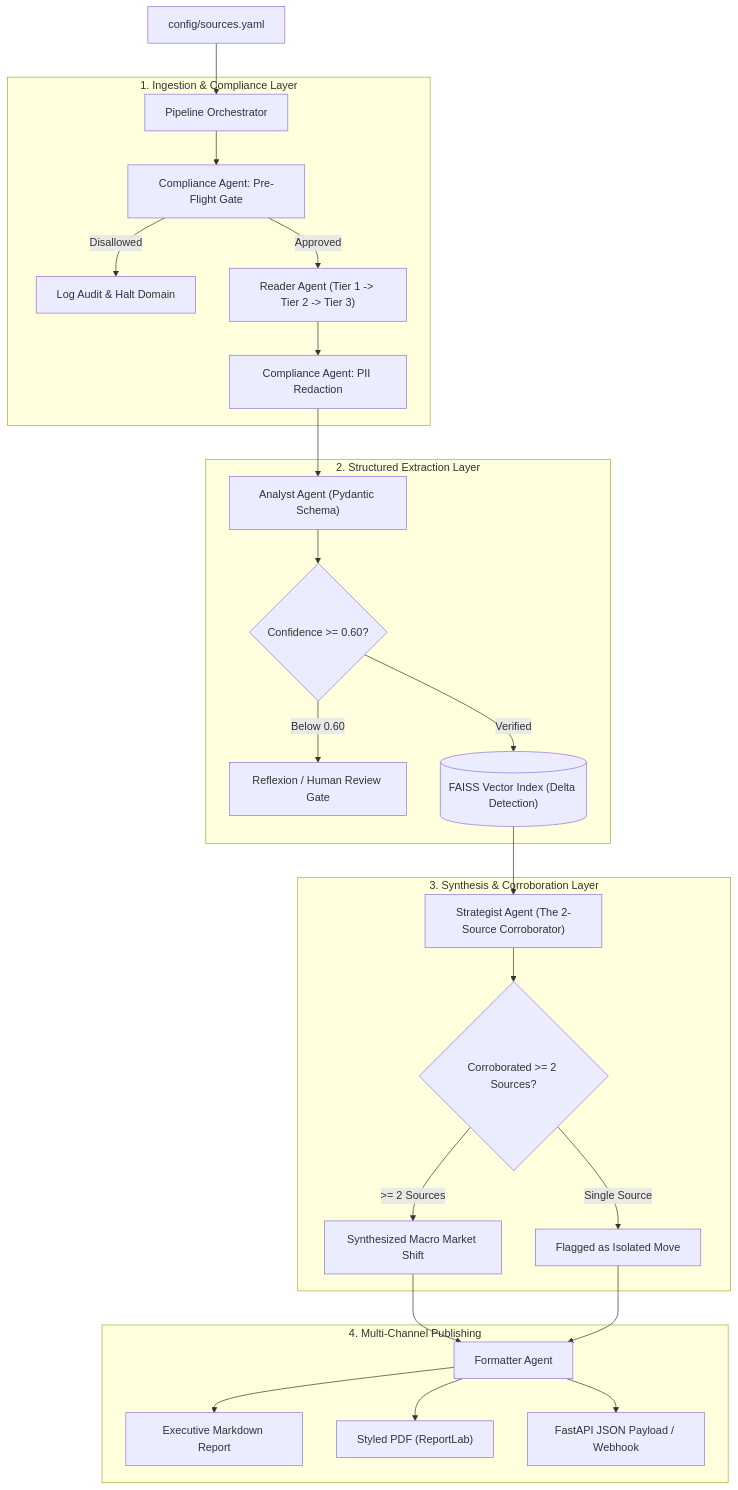
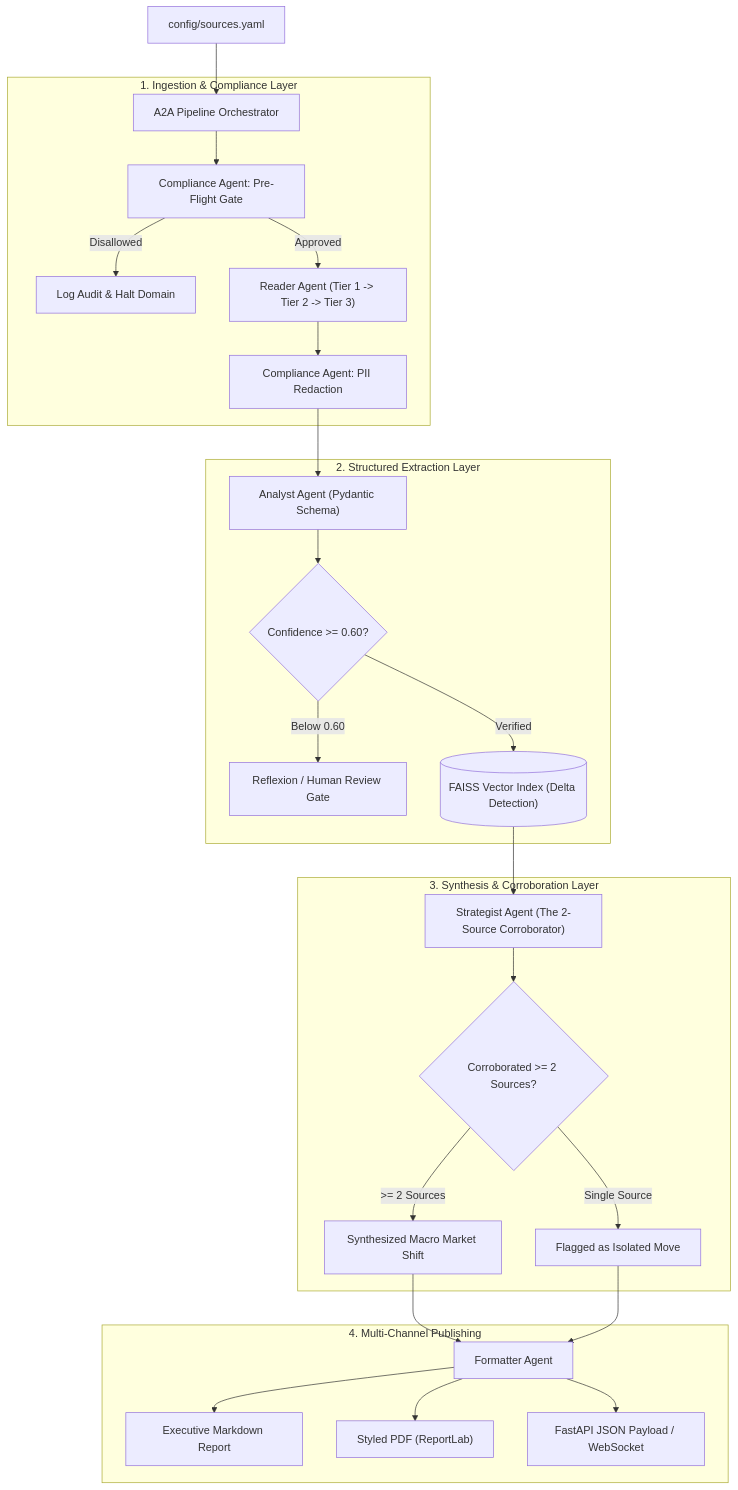
The diagram in README.md (ChaitanyaGidwani/Scrybe), drawn with Mermaid before and after one commit. The commit also changed other lines of this file and 8 other files, not shown here.

````diff
--- a/README.md
+++ b/README.md
@@ -39,33 +42,33 @@
 ```mermaid
 flowchart TD
-    Config["config/sources.yaml"] --> Orchestrator["Pipeline Orchestrator"]
+    Config["config/sources.yaml"] --> Orchestrator["A2A Pipeline Orchestrator"]
     
     subgraph INGESTION ["1. Ingestion & Compliance Layer"]
         Orchestrator --> CompPre["Compliance Agent: Pre-Flight Gate"]
         CompPre -- "Disallowed" --> AuditHalt["Log Audit & Halt Domain"]
         CompPre -- "Approved" --> Reader["Reader Agent (Tier 1 -> Tier 2 -> Tier 3)"]
         Reader --> CompPost["Compliance Agent: PII Redaction"]
     end
     
     subgraph EXTRACTION ["2. Structured Extraction Layer"]
         CompPost --> Analyst["Analyst Agent (Pydantic Schema)"]
         Analyst --> ConfCheck{"Confidence >= 0.60?"}
         ConfCheck -- "Below 0.60" --> ReviewGate["Reflexion / Human Review Gate"]
         ConfCheck -- "Verified" --> FAISS[("FAISS Vector Index (Delta Detection)")]
     end
     
     subgraph STRATEGY ["3. Synthesis & Corroboration Layer"]
         FAISS --> Strategist["Strategist Agent (The 2-Source Corroborator)"]
         Strategist --> TwoSource{"Corroborated >= 2 Sources?"}
         TwoSource -- "Single Source" --> CompanyAction["Flagged as Isolated Move"]
         TwoSource -- ">= 2 Sources" --> MacroTrend["Synthesized Macro Market Shift"]
     end
     
     subgraph PUBLISHING ["4. Multi-Channel Publishing"]
         MacroTrend --> Formatter["Formatter Agent"]
         CompanyAction --> Formatter
         Formatter --> MD["Executive Markdown Report"]
         Formatter --> PDF["Styled PDF (ReportLab)"]
-        Formatter --> API["FastAPI JSON Payload / Webhook"]
+        Formatter --> API["FastAPI JSON Payload / WebSocket"]
     end
 ```
````
